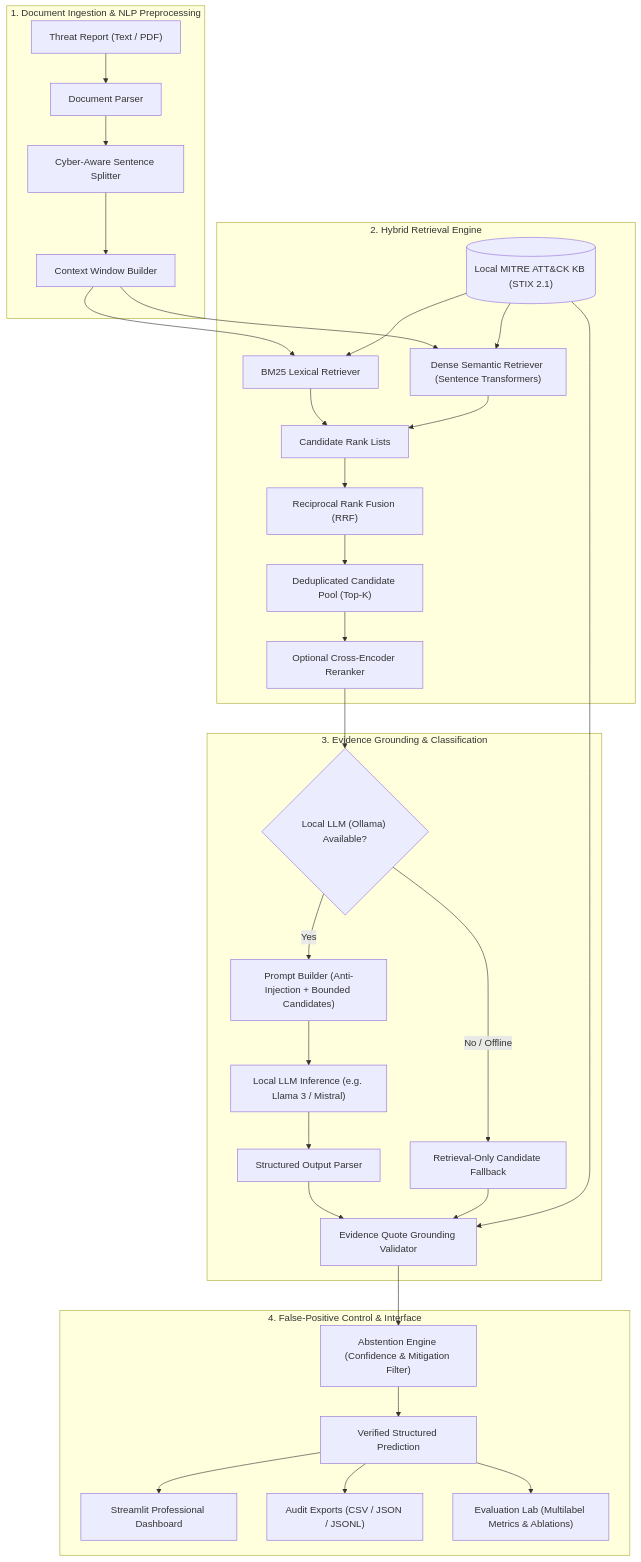
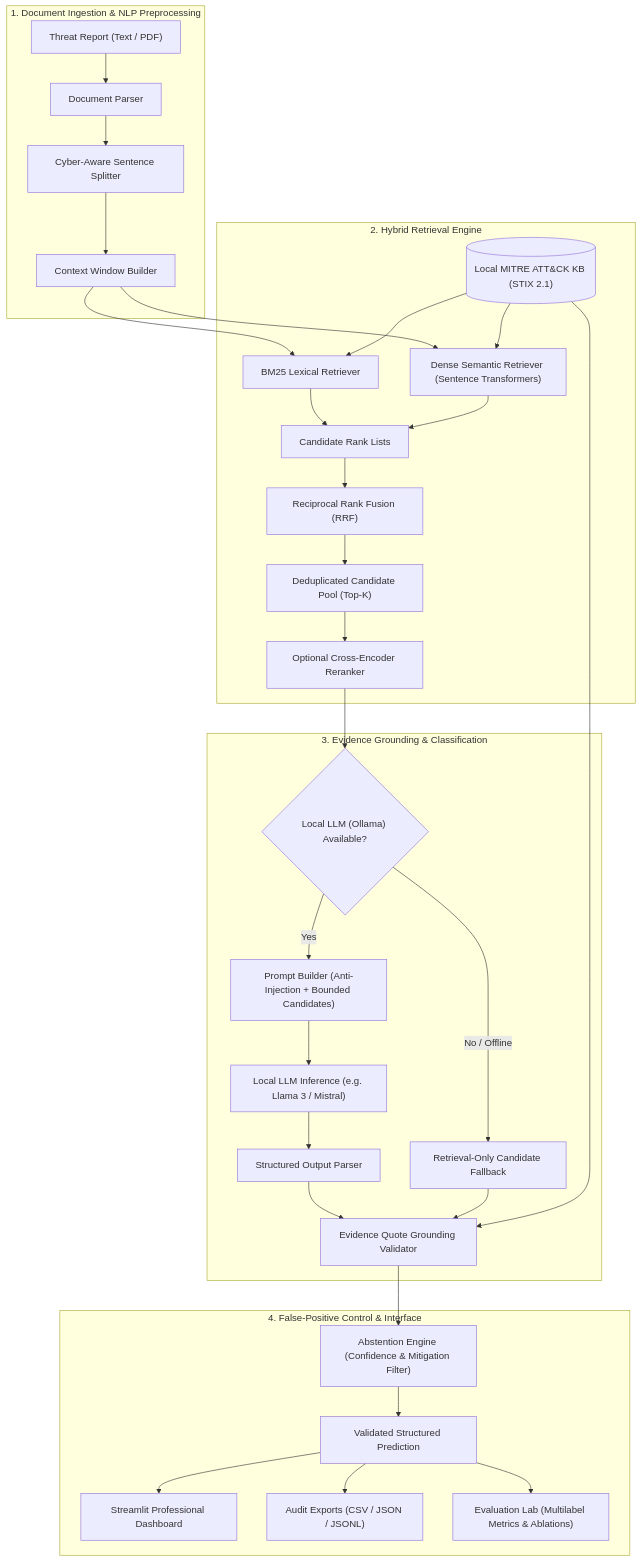
The diagram in docs/architecture.md (Sanika02025/ThreatMap), drawn with Mermaid before and after one commit. The commit also changed 10 other files, not shown here.

````diff
--- a/docs/architecture.md
+++ b/docs/architecture.md
@@ -7,44 +7,44 @@
 ```mermaid
 flowchart TD
     subgraph Ingestion ["1. Document Ingestion & NLP Preprocessing"]
         A["Threat Report (Text / PDF)"] --> B["Document Parser"]
         B --> C["Cyber-Aware Sentence Splitter"]
         C --> D["Context Window Builder"]
     end
 
     subgraph Retrieval ["2. Hybrid Retrieval Engine"]
         D --> E1["BM25 Lexical Retriever"]
         D --> E2["Dense Semantic Retriever (Sentence Transformers)"]
         
         KB[("Local MITRE ATT&CK KB (STIX 2.1)")] --> E1
         KB --> E2
         
         E1 --> F["Candidate Rank Lists"]
         E2 --> F
         
         F --> G["Reciprocal Rank Fusion (RRF)"]
         G --> H["Deduplicated Candidate Pool (Top-K)"]
         H --> I["Optional Cross-Encoder Reranker"]
     end
 
     subgraph Classification ["3. Evidence Grounding & Classification"]
         I --> J{"Local LLM (Ollama) Available?"}
         J -- "Yes" --> K["Prompt Builder (Anti-Injection + Bounded Candidates)"]
         K --> L["Local LLM Inference (e.g. Llama 3 / Mistral)"]
         L --> M["Structured Output Parser"]
         J -- "No / Offline" --> N["Retrieval-Only Candidate Fallback"]
         
         M --> O["Evidence Quote Grounding Validator"]
         N --> O
         KB --> O
     end
 
     subgraph Assurance ["4. False-Positive Control & Interface"]
         O --> P["Abstention Engine (Confidence & Mitigation Filter)"]
-        P --> Q["Verified Structured Prediction"]
+        P --> Q["Validated Structured Prediction"]
         
         Q --> R["Streamlit Professional Dashboard"]
         Q --> S["Audit Exports (CSV / JSON / JSONL)"]
         Q --> T["Evaluation Lab (Multilabel Metrics & Ablations)"]
     end
 ```
````
